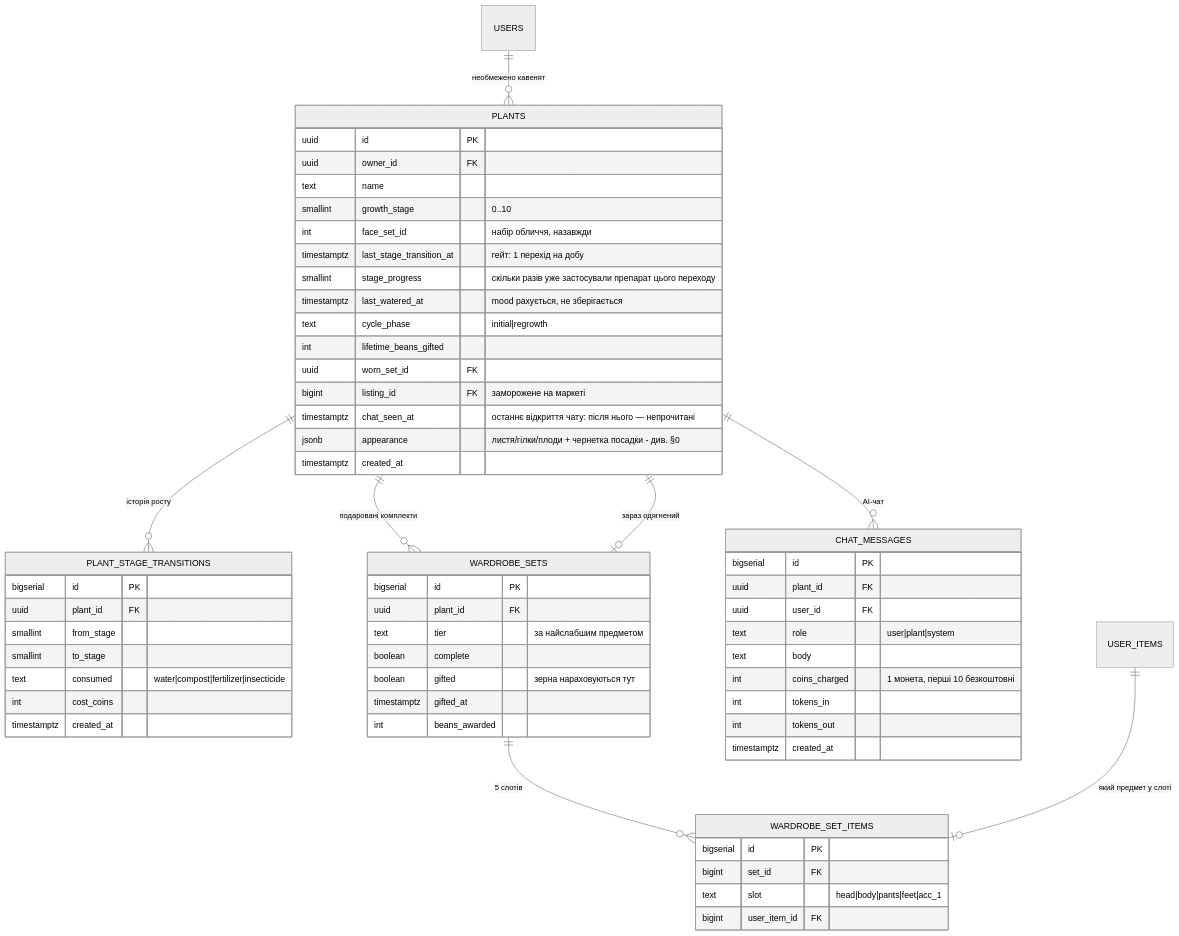
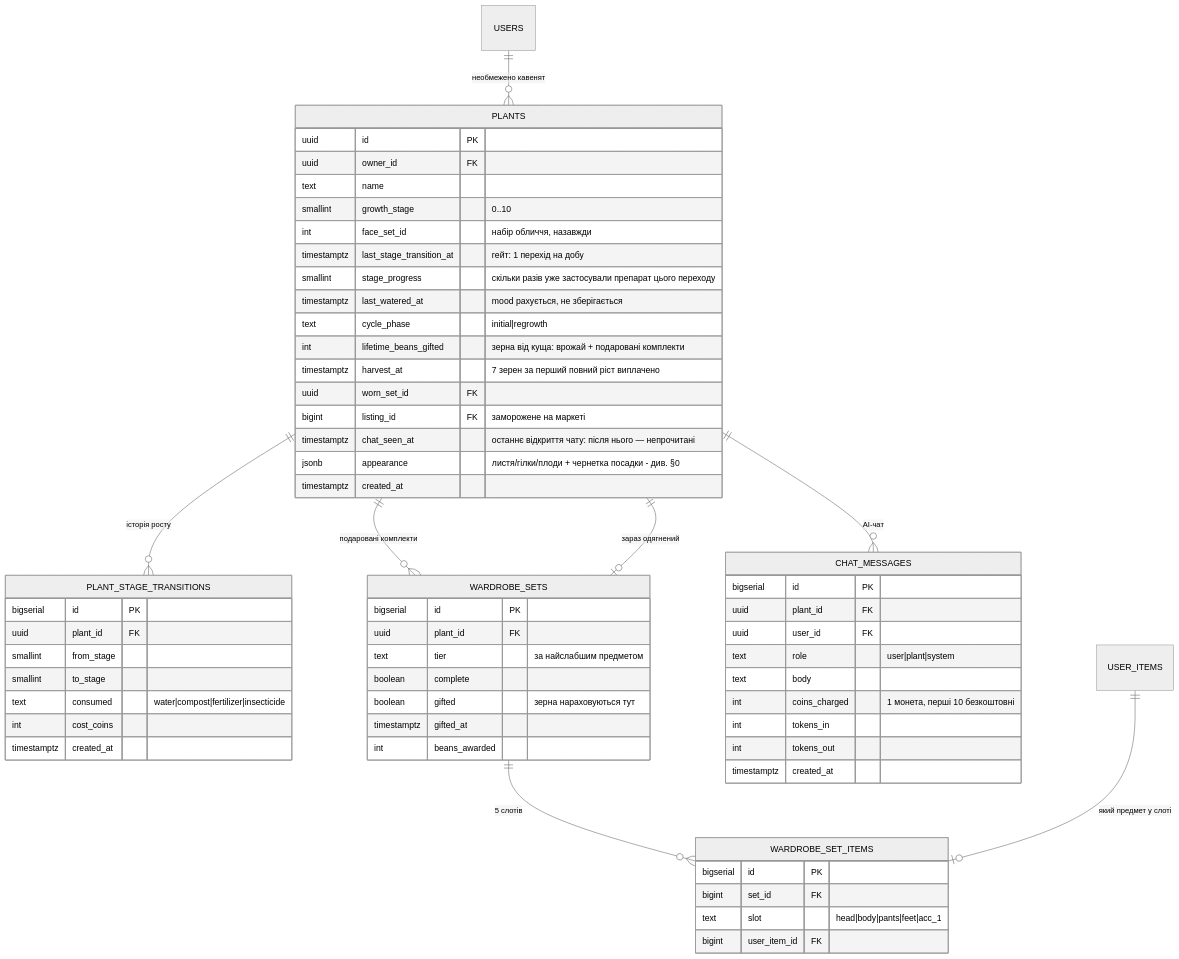
One commit to arsengoian/extrovert.cafe changed the third of 4 diagrams in docs/db-schema.md. Above: the diagram before and after it, drawn with Mermaid (neutral theme). The commit also changed 6 other files, not shown here.

First line of the commit message:
fix(api): pay the 7 harvest beans when a bush first grows up

````diff
--- a/docs/db-schema.md
+++ b/docs/db-schema.md
@@ -600,63 +600,64 @@
 ```mermaid
 erDiagram
     USERS ||--o{ PLANTS : "необмежено кавенят"
     PLANTS ||--o{ PLANT_STAGE_TRANSITIONS : "історія росту"
     PLANTS ||--o{ WARDROBE_SETS : "подаровані комплекти"
     PLANTS ||--o{ CHAT_MESSAGES : "AI-чат"
     WARDROBE_SETS ||--o{ WARDROBE_SET_ITEMS : "5 слотів"
     USER_ITEMS ||--o| WARDROBE_SET_ITEMS : "який предмет у слоті"
     PLANTS ||--o| WARDROBE_SETS : "зараз одягнений"
 
     PLANTS {
         uuid id PK
         uuid owner_id FK
         text name
         smallint growth_stage "0..10"
         int face_set_id "набір обличчя, назавжди"
         timestamptz last_stage_transition_at "гейт: 1 перехід на добу"
         smallint stage_progress "скільки разів уже застосували препарат цього переходу"
         timestamptz last_watered_at "mood рахується, не зберігається"
         text cycle_phase "initial|regrowth"
-        int lifetime_beans_gifted
+        int lifetime_beans_gifted "зерна від куща: врожай + подаровані комплекти"
+        timestamptz harvest_at "7 зерен за перший повний ріст виплачено"
         uuid worn_set_id FK
         bigint listing_id FK "заморожене на маркеті"
         timestamptz chat_seen_at "останнє відкриття чату: після нього — непрочитані"
         jsonb appearance "листя/гілки/плоди + чернетка посадки - див. §0"
         timestamptz created_at
     }
     PLANT_STAGE_TRANSITIONS {
         bigserial id PK
         uuid plant_id FK
         smallint from_stage
         smallint to_stage
         text consumed "water|compost|fertilizer|insecticide"
         int cost_coins
         timestamptz created_at
     }
     WARDROBE_SETS {
         bigserial id PK
         uuid plant_id FK
         text tier "за найслабшим предметом"
         boolean complete
         boolean gifted "зерна нараховуються тут"
         timestamptz gifted_at
         int beans_awarded
     }
     WARDROBE_SET_ITEMS {
         bigserial id PK
         bigint set_id FK
         text slot "head|body|pants|feet|acc_1"
         bigint user_item_id FK
     }
     CHAT_MESSAGES {
         bigserial id PK
         uuid plant_id FK
         uuid user_id FK
         text role "user|plant|system"
         text body
         int coins_charged "1 монета, перші 10 безкоштовні"
         int tokens_in
         int tokens_out
         timestamptz created_at
     }
 ```
````
